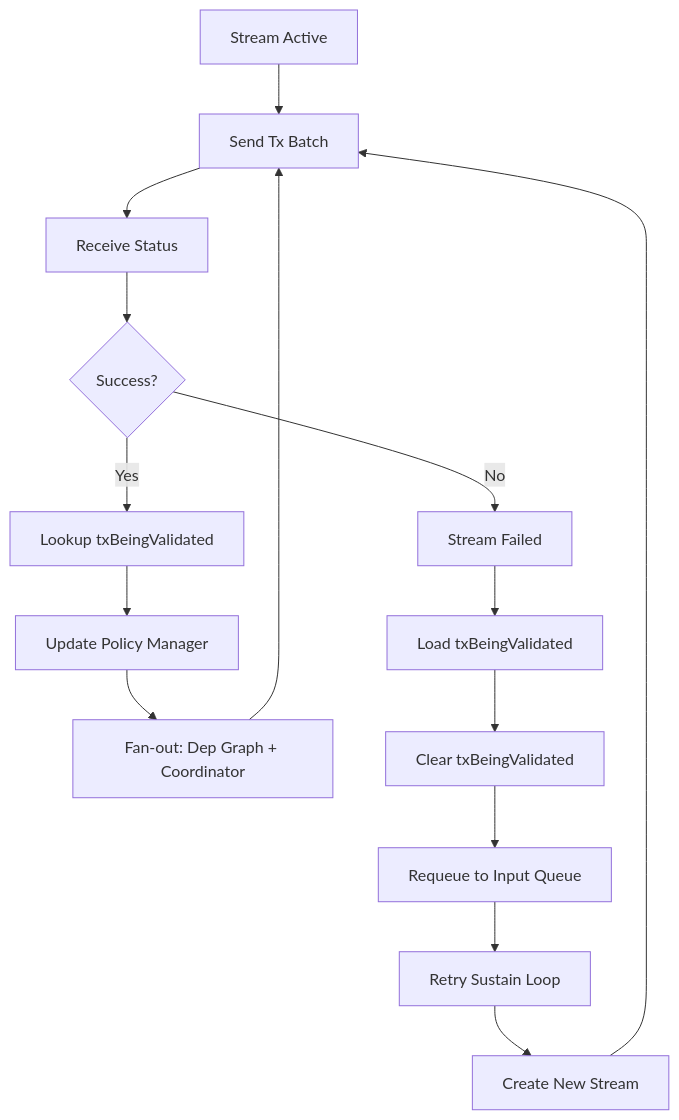
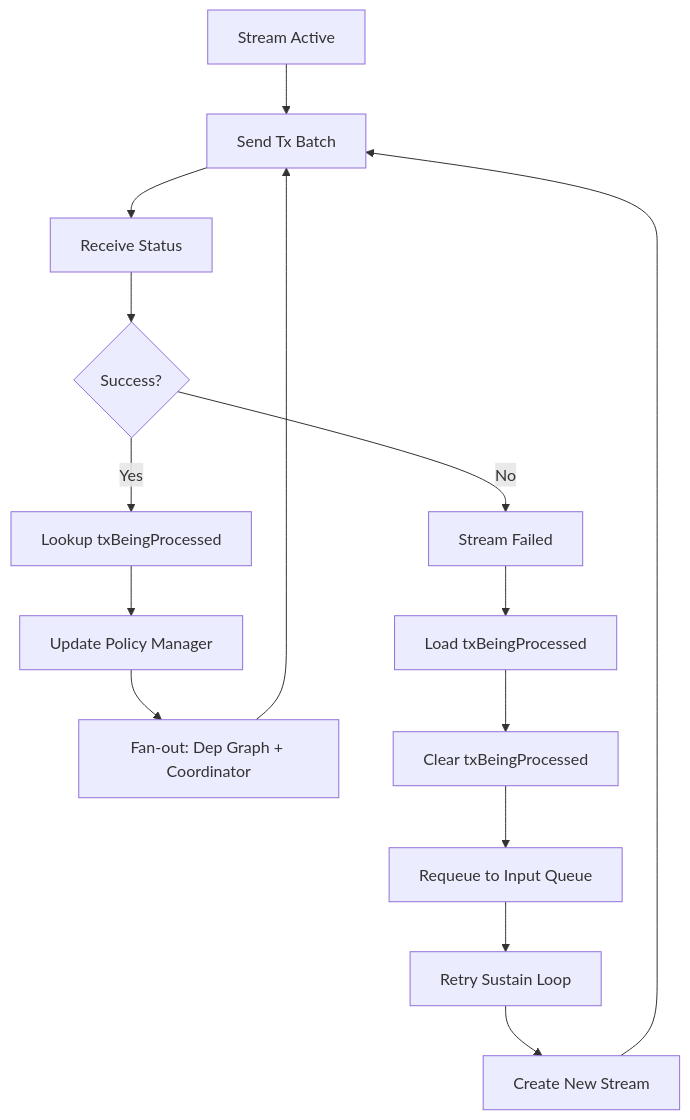
Before and after one commit to liran-funaro/fabric-x-committer: diagram 13 of 13 in docs/coordinator-block-diagram.md, drawn with Mermaid. The commit also changed other lines of this file and 9 other files, not shown here.

````diff
--- a/docs/coordinator-block-diagram.md
+++ b/docs/coordinator-block-diagram.md
@@ -604,17 +607,17 @@
 ```mermaid
 flowchart TD
     Start[Stream Active] --> Send[Send Tx Batch]
     Send --> Recv[Receive Status]
     Recv --> Success{Success?}
-    Success -->|Yes| Lookup[Lookup txBeingValidated]
+    Success -->|Yes| Lookup[Lookup txBeingProcessed]
     Lookup --> Update[Update Policy Manager]
     Update --> Fanout[Fan-out: Dep Graph + Coordinator]
     Fanout --> Send
     Success -->|No| Fail[Stream Failed]
-    Fail --> Load[Load txBeingValidated]
-    Load --> Clear[Clear txBeingValidated]
+    Fail --> Load[Load txBeingProcessed]
+    Load --> Clear[Clear txBeingProcessed]
     Clear --> Requeue[Requeue to Input Queue]
     Requeue --> Retry[Retry Sustain Loop]
     Retry --> NewStream[Create New Stream]
     NewStream --> Send
 ```
````
